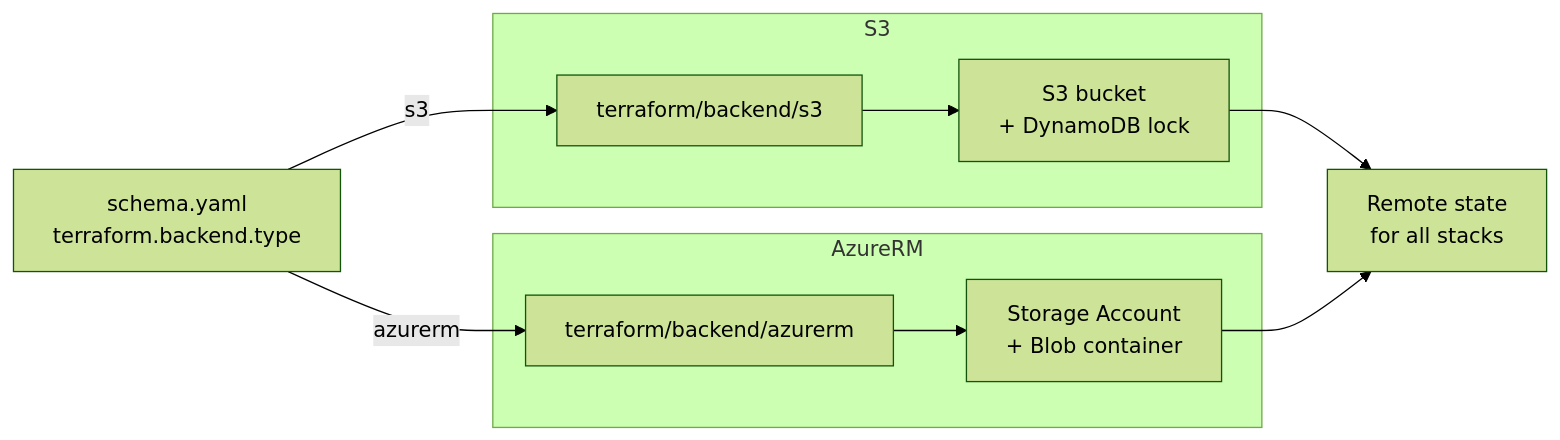
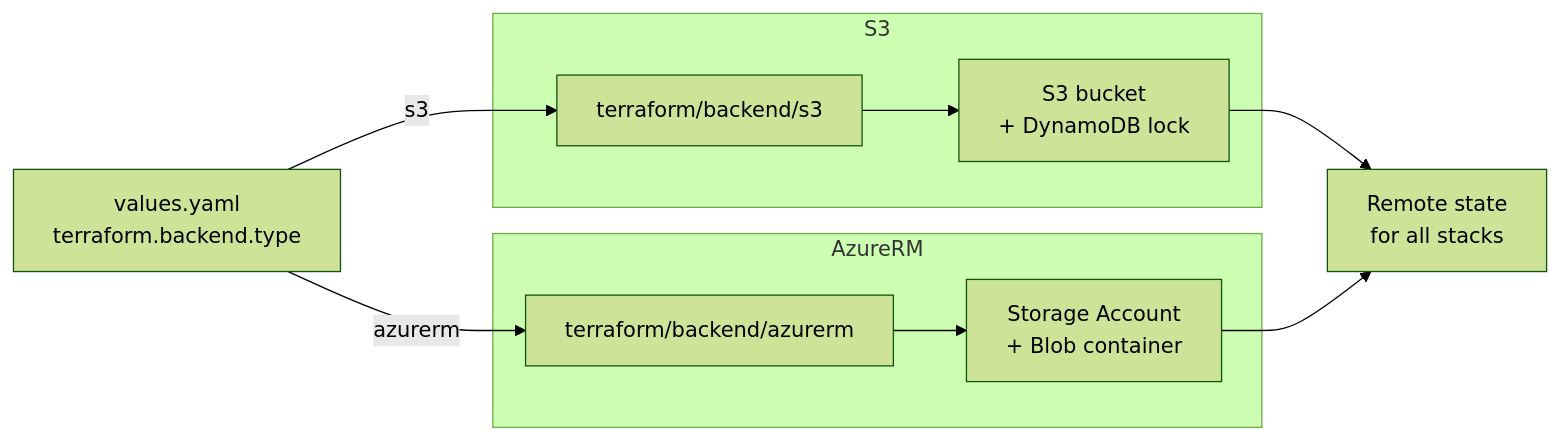
The diagram in terraform/backend/README.md (windsorcli/core), drawn with Mermaid (forest theme) before and after one commit. The commit also changed 7 other files, not shown here.

Commit message:
chore(docs): update README files to replace 'schema' with 'values' in flowcharts

````diff
--- a/terraform/backend/README.md
+++ b/terraform/backend/README.md
@@ -21,23 +21,23 @@
 ```mermaid
 flowchart LR
-  schema[schema.yaml<br/>terraform.backend.type]
+  values[values.yaml<br/>terraform.backend.type]
 
   subgraph s3path[S3]
     tfS3[terraform/backend/s3]
     bucket[S3 bucket<br/>+ DynamoDB lock]
   end
 
   subgraph azpath[AzureRM]
     tfAz[terraform/backend/azurerm]
     blob[Storage Account<br/>+ Blob container]
   end
 
   state[Remote state<br/>for all stacks]
 
-  schema -->|s3| tfS3
-  schema -->|azurerm| tfAz
+  values -->|s3| tfS3
+  values -->|azurerm| tfAz
   tfS3 --> bucket
   tfAz --> blob
   bucket --> state
   blob --> state
 ```
````
